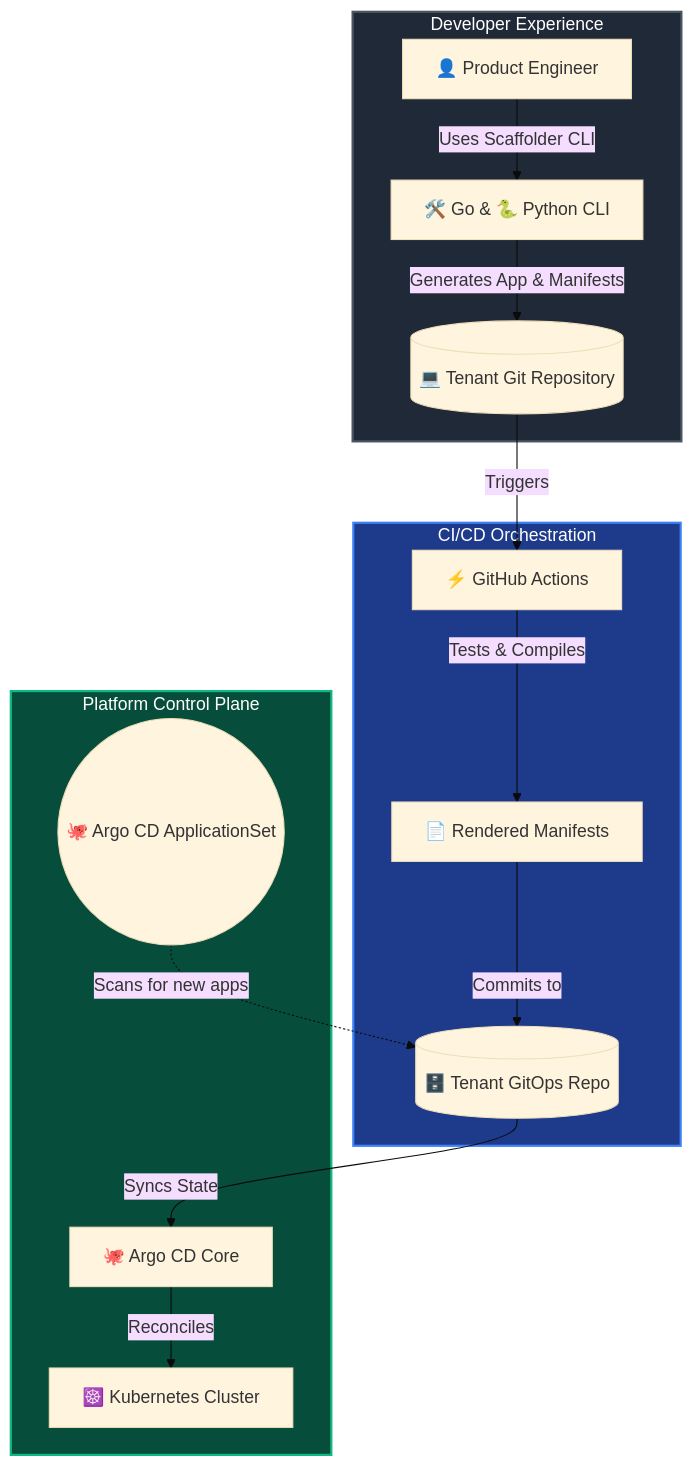
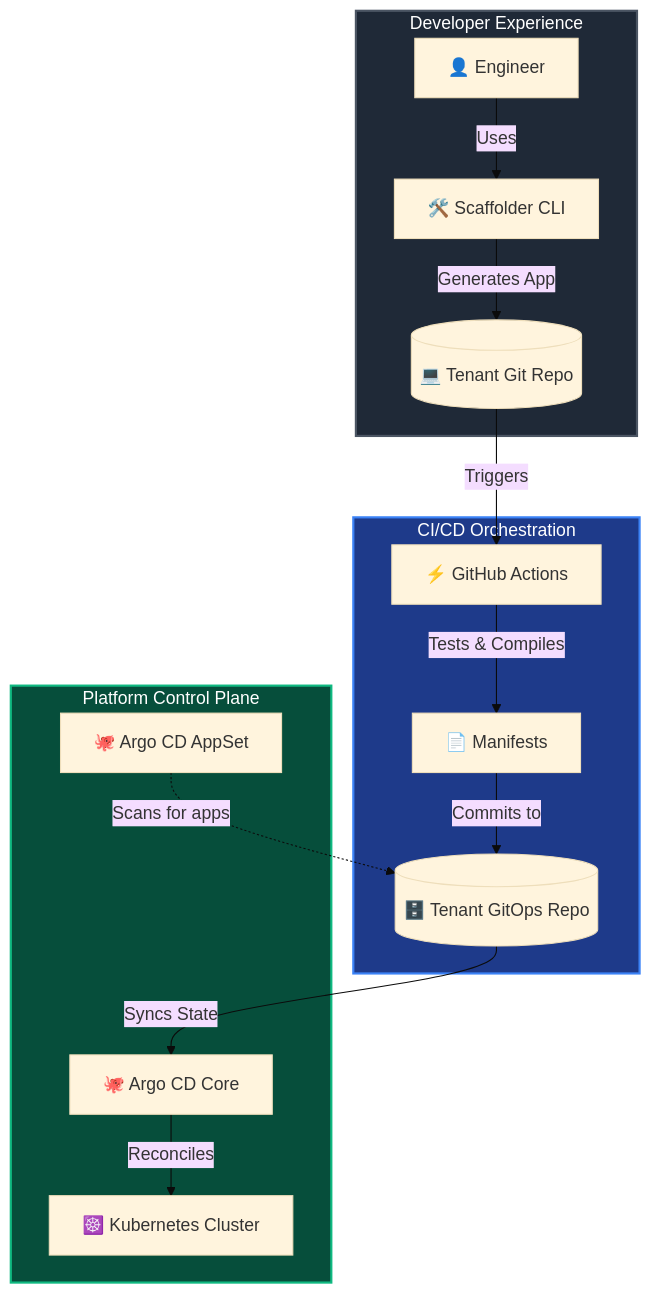
The third of 4 diagrams in README.md (ok-karthik/internal-developer-platform), drawn with Mermaid (base theme) before and after one commit.

Commit message:
docs: compact mermaid diagram shapes and text

````diff
--- a/README.md
+++ b/README.md
@@ -245,23 +245,23 @@
 ```mermaid
 graph TD
     subgraph DevExp [Developer Experience]
-        Dev[👤 Product Engineer] --> |Uses Scaffolder CLI| Code[🛠️ Go & 🐍 Python CLI]
-        Code --> |Generates App & Manifests| GitSource[(💻 Tenant Git Repository)]
+        Dev[👤 Engineer] --> |Uses| Code[🛠️ Scaffolder CLI]
+        Code --> |Generates App| GitSource[(💻 Tenant Git Repo)]
     end
 
     subgraph CICD [CI/CD Orchestration]
         GitSource --> |Triggers| GHA[⚡ GitHub Actions]
-        GHA --> |Tests & Compiles| Rendered[📄 Rendered Manifests]
+        GHA --> |Tests & Compiles| Rendered[📄 Manifests]
         Rendered --> |Commits to| GitOpsRepo[(🗄️ Tenant GitOps Repo)]
     end
 
     subgraph Platform [Platform Control Plane]
-        AppSet((🐙 Argo CD ApplicationSet)) -.-> |Scans for new apps| GitOpsRepo
+        AppSet[🐙 Argo CD AppSet] -.-> |Scans for apps| GitOpsRepo
         GitOpsRepo --> |Syncs State| ArgoCD[🐙 Argo CD Core]
         ArgoCD --> |Reconciles| K8s[☸️ Kubernetes Cluster]
     end
 
     style DevExp fill:#1f2937,stroke:#4b5563,stroke-width:2px,color:#fff
     style CICD fill:#1e3a8a,stroke:#3b82f6,stroke-width:2px,color:#fff
     style Platform fill:#064e3b,stroke:#10b981,stroke-width:2px,color:#fff
 ```
````
